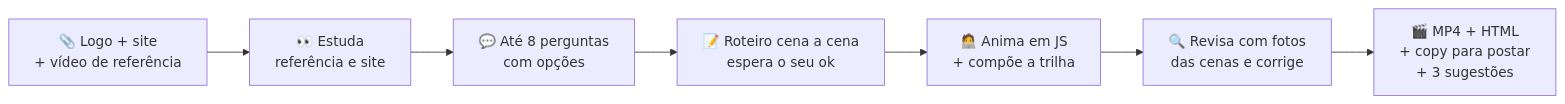
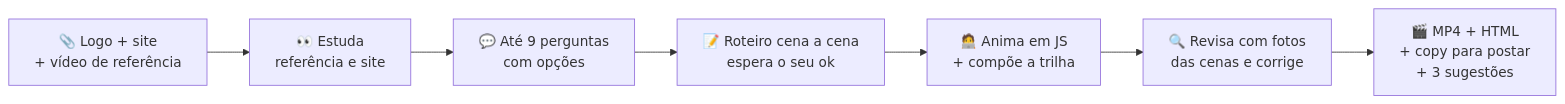
One commit to flavioduque/Jsmotion-skill changed the diagram in README.md. Above: the diagram before and after it, drawn with Mermaid. The commit also changed other lines of this file and 83 other files, not shown here.

````diff
--- a/README.md
+++ b/README.md
@@ -285,9 +301,9 @@
 ```mermaid
 flowchart LR
     A["📎 Logo + site<br/>+ vídeo de referência"] --> B["👀 Estuda<br/>referência e site"]
-    B --> C["💬 Até 8 perguntas<br/>com opções"]
+    B --> C["💬 Até 9 perguntas<br/>com opções"]
     C --> D["📝 Roteiro cena a cena<br/>espera o seu ok"]
     D --> E["🧑‍💻 Anima em JS<br/>+ compõe a trilha"]
     E --> F["🔍 Revisa com fotos<br/>das cenas e corrige"]
     F --> G["🎬 MP4 + HTML<br/>+ copy para postar<br/>+ 3 sugestões"]
 ```
````
